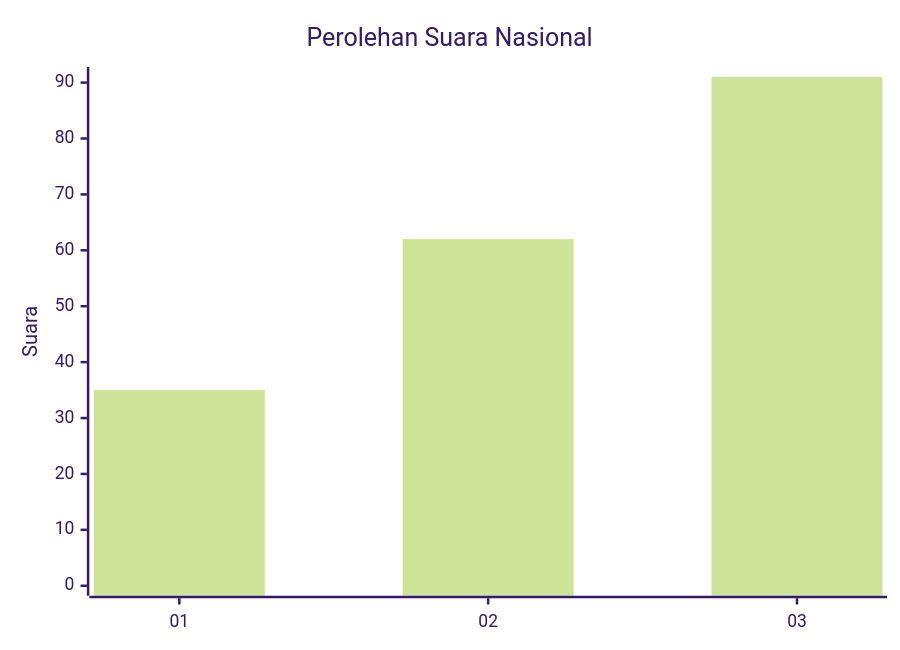
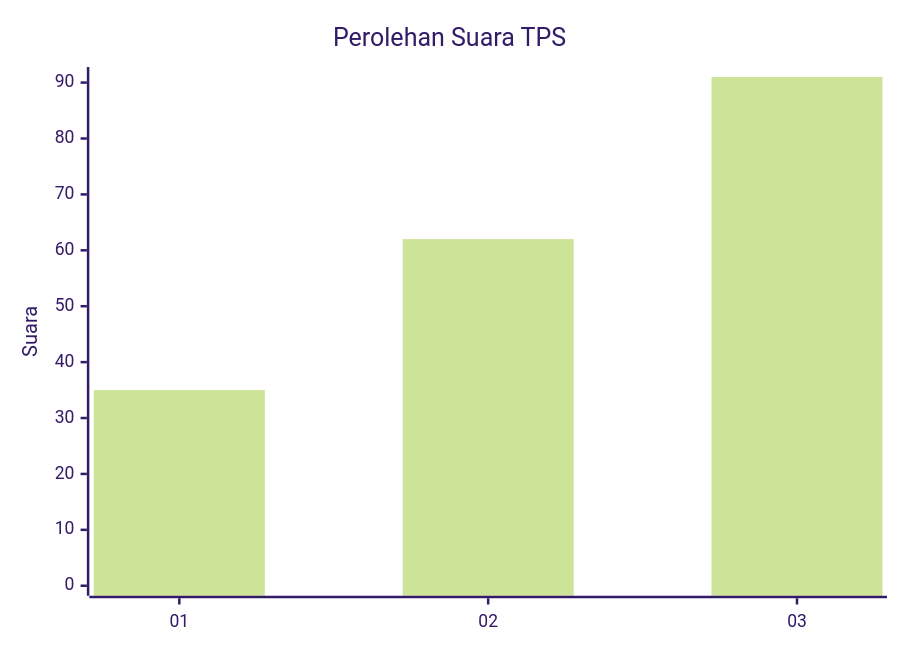
Before and after one commit to gigit-pemilu/pemilu-2024-93-papua-selatan: the first of 2 diagrams in pilpres/hitung-suara/sub/93-papua-selatan/sub/01-merauke/sub/05-semangga/sub/2001-matara/sub/001-tps/README.md, drawn with Mermaid (forest theme). The commit also changed other lines of this file and 318 other files, not shown here.

````diff
--- a/pilpres/hitung-suara/sub/93-papua-selatan/sub/01-merauke/sub/05-semangga/sub/2001-matara/sub/001-tps/README.md
+++ b/pilpres/hitung-suara/sub/93-papua-selatan/sub/01-merauke/sub/05-semangga/sub/2001-matara/sub/001-tps/README.md
@@ -5,7 +5,7 @@
 ```mermaid
 xychart-beta
-    title "Perolehan Suara Nasional"
+    title "Perolehan Suara TPS"
     x-axis [01, 02, 03]
     y-axis "Suara" 0 --> 91
     bar [35, 62, 91]
 ```
````
